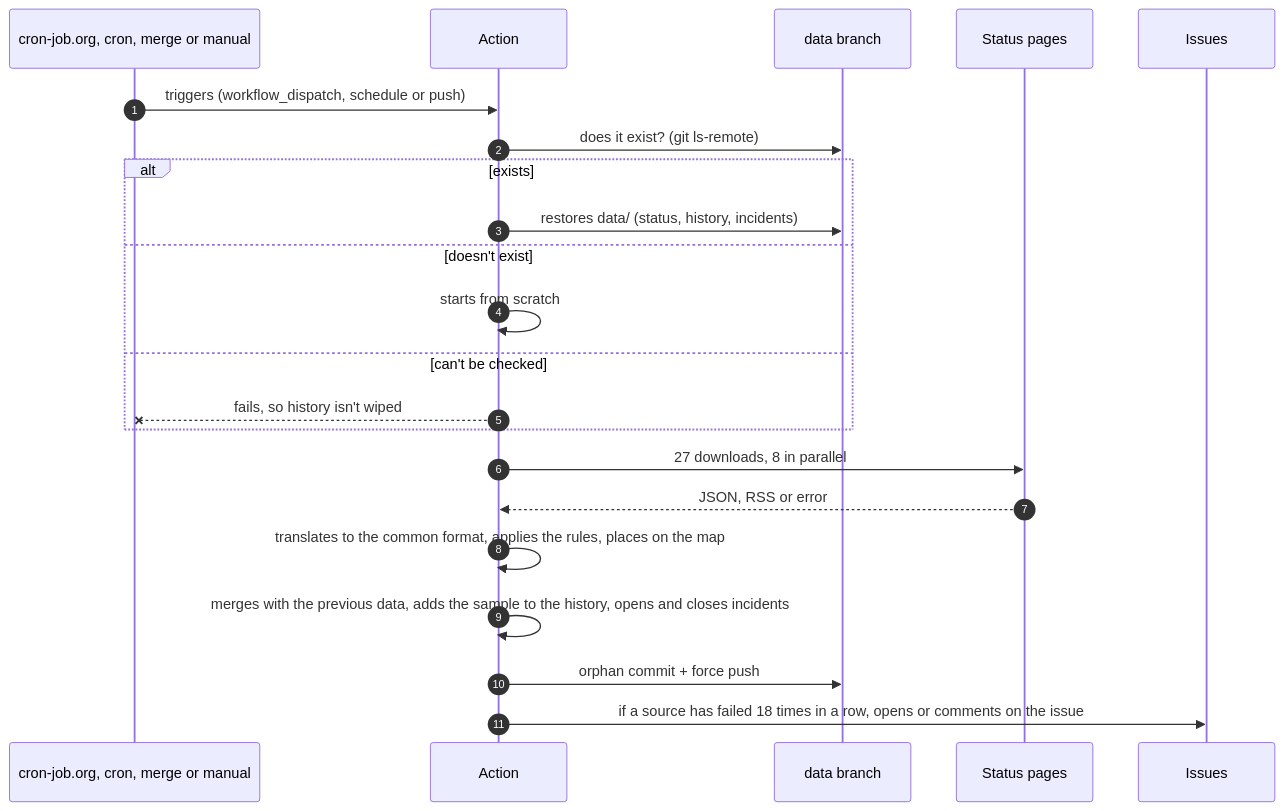
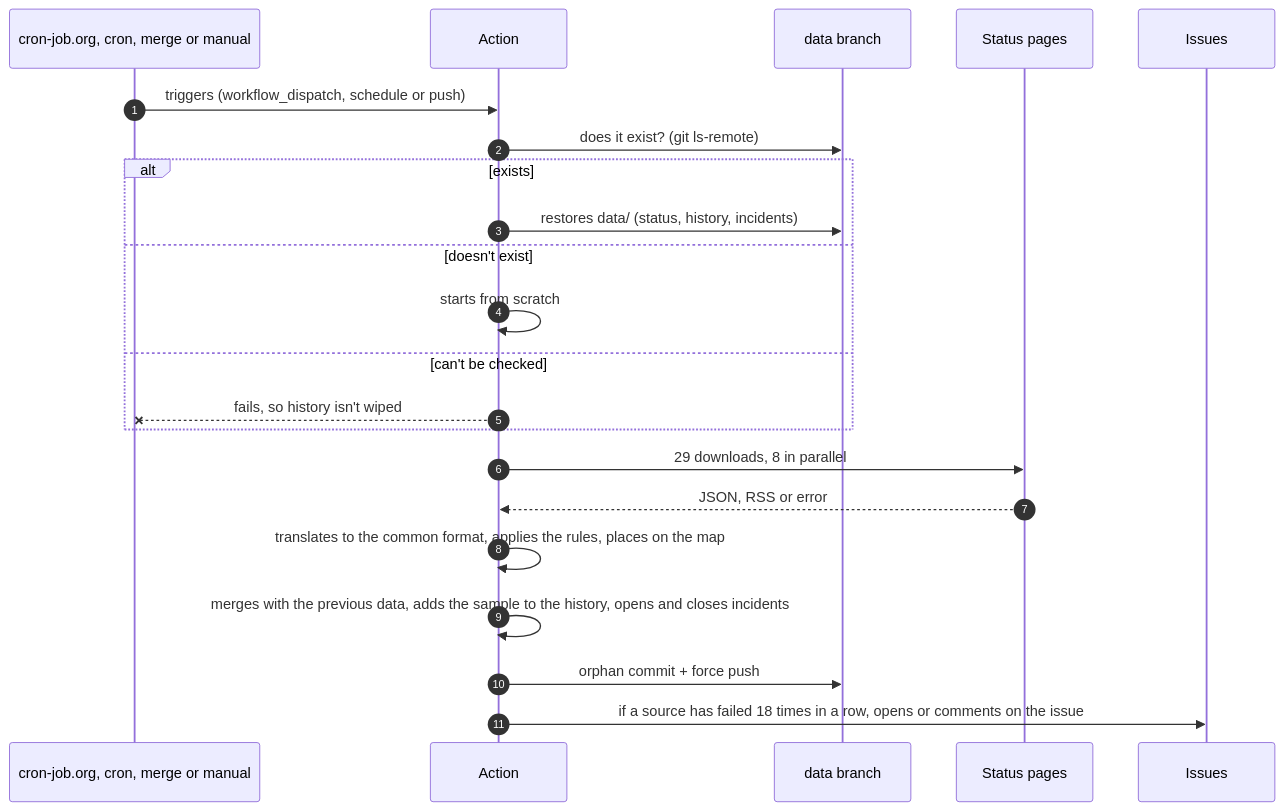
One commit to serbenda/uptime changed the third of 7 diagrams in README.md. Above: the diagram before and after it, drawn with Mermaid. The commit also changed other lines of this file and 7 other files, not shown here.

````diff
--- a/README.md
+++ b/README.md
@@ -624,24 +627,24 @@
 ```mermaid
 sequenceDiagram
   autonumber
   participant C as cron-job.org, cron, merge or manual
   participant A as Action
   participant D as data branch
   participant F as Status pages
   participant G as Issues
   C->>A: triggers (workflow_dispatch, schedule or push)
   A->>D: does it exist? (git ls-remote)
   alt exists
     A->>D: restores data/ (status, history, incidents)
   else doesn't exist
     A->>A: starts from scratch
   else can't be checked
     A--xC: fails, so history isn't wiped
   end
-  A->>F: 27 downloads, 8 in parallel
+  A->>F: 29 downloads, 8 in parallel
   F-->>A: JSON, RSS or error
   A->>A: translates to the common format, applies the rules, places on the map
   A->>A: merges with the previous data, adds the sample to the history, opens and closes incidents
   A->>D: orphan commit + force push
   A->>G: if a source has failed 18 times in a row, opens or comments on the issue
 ```
````
